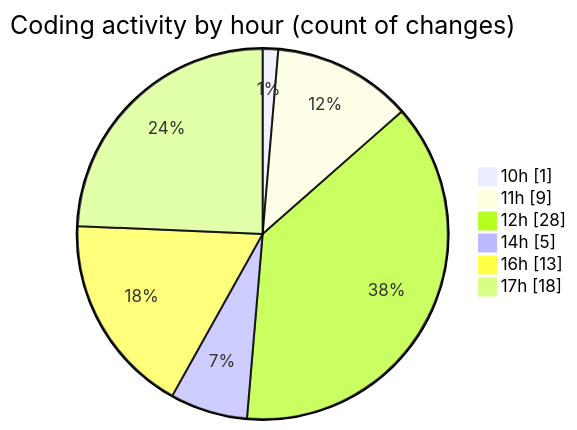
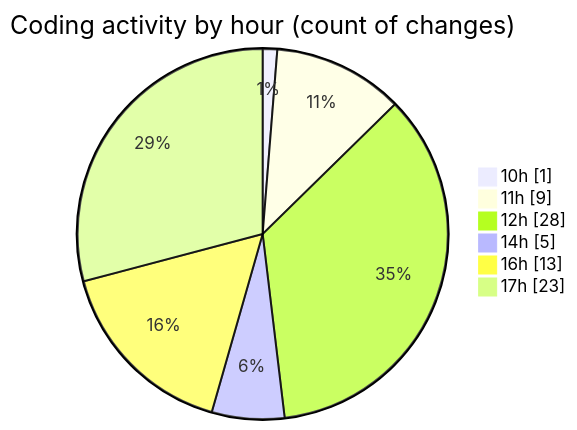
The second of 2 diagrams in 2025-07-10/argos/README.md (nxtqubesakshisongat/code-tracking), drawn with Mermaid before and after one commit. The commit also changed other lines of this file and 1 other file, not shown here.

````diff
--- a/2025-07-10/argos/README.md
+++ b/2025-07-10/argos/README.md
@@ -34,10 +34,10 @@
 ```mermaid
 pie showData
 title Coding activity by hour (count of changes)
 "10h" : 1
 "11h" : 9
 "12h" : 28
 "14h" : 5
 "16h" : 13
-"17h" : 18
+"17h" : 23
 ```
````
